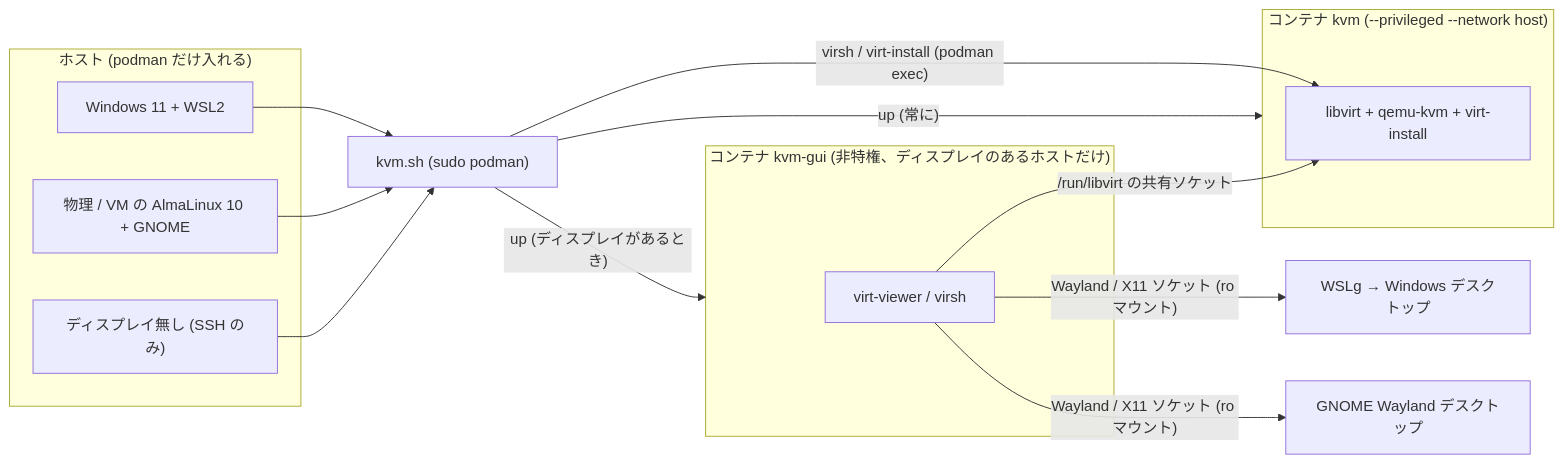
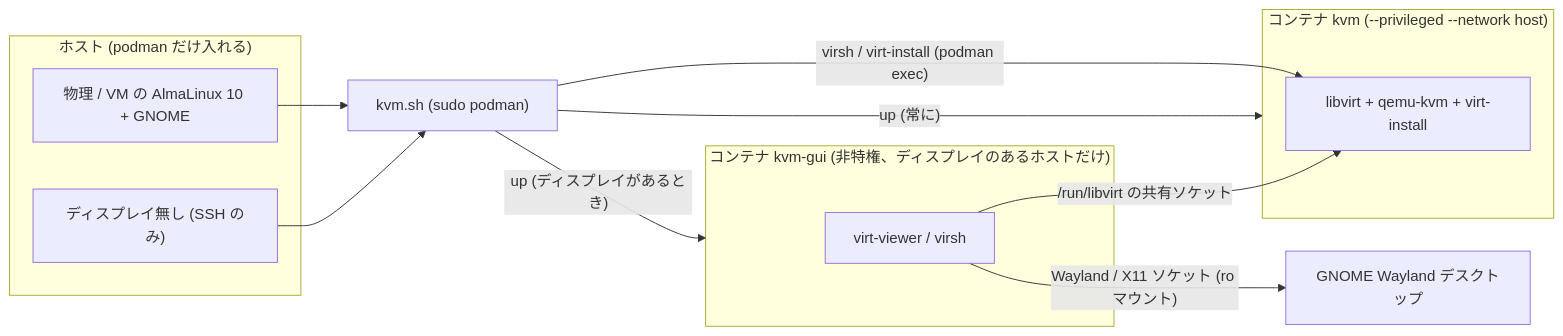
Before and after one commit to ryo-aoki-pc/kvm-container: the first of 22 diagrams in docs/SPEC.md, drawn with Mermaid. The commit also changed other lines of this file and 9 other files, not shown here.

````diff
--- a/docs/SPEC.md
+++ b/docs/SPEC.md
@@ -44,24 +44,21 @@
 ```mermaid
 flowchart LR
   subgraph hosts ["ホスト (podman だけ入れる)"]
-    wsl["Windows 11 + WSL2"]
     gnome["物理 / VM の AlmaLinux 10 + GNOME"]
     headless["ディスプレイ無し (SSH のみ)"]
   end
   sh["kvm.sh (sudo podman)"]
   subgraph kvm ["コンテナ kvm (--privileged --network host)"]
     qemu["libvirt + qemu-kvm + virt-install"]
   end
   subgraph gui ["コンテナ kvm-gui (非特権、ディスプレイのあるホストだけ)"]
     apps["virt-viewer / virsh"]
   end
-  wsl --> sh
   gnome --> sh
   headless --> sh
   sh -->|"up (常に)"| kvm
   sh -->|"virsh / virt-install (podman exec)"| qemu
   sh -->|"up (ディスプレイがあるとき)"| gui
   apps -->|"/run/libvirt の共有ソケット"| qemu
-  apps -->|"Wayland / X11 ソケット (ro マウント)"| wslg["WSLg → Windows デスクトップ"]
   apps -->|"Wayland / X11 ソケット (ro マウント)"| gd["GNOME Wayland デスクトップ"]
 ```
````
